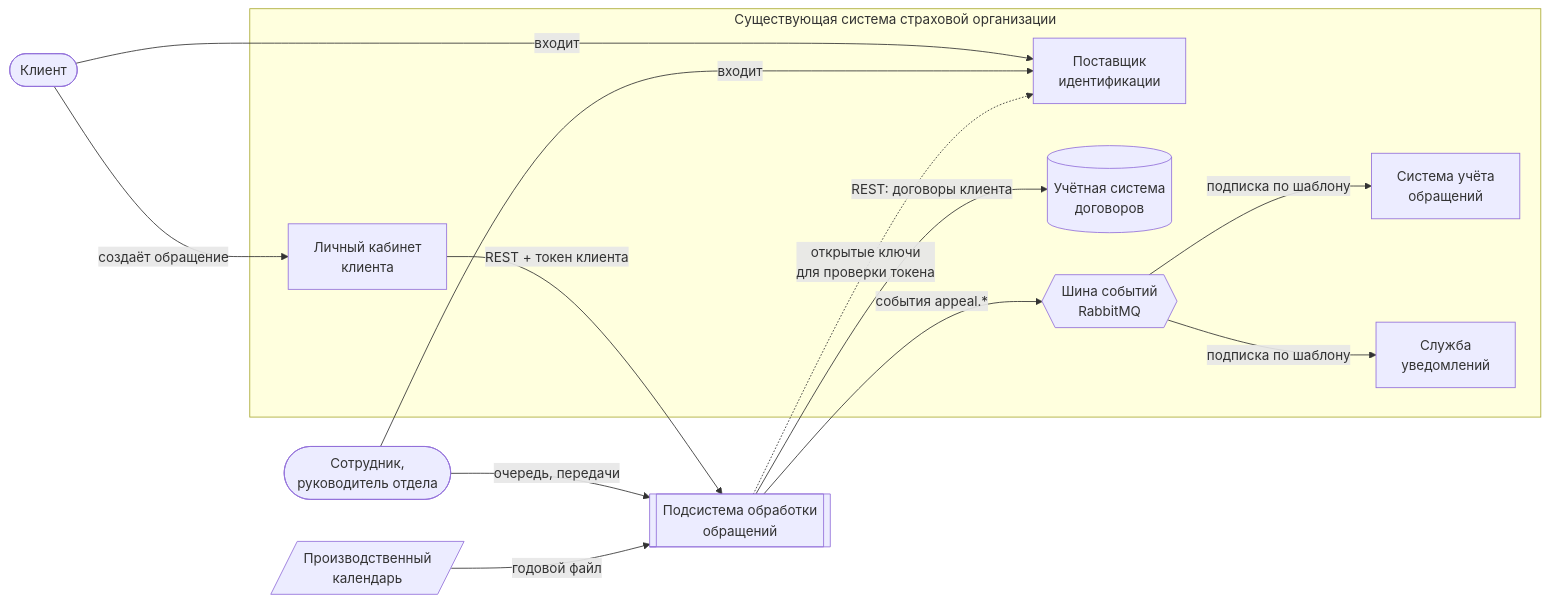
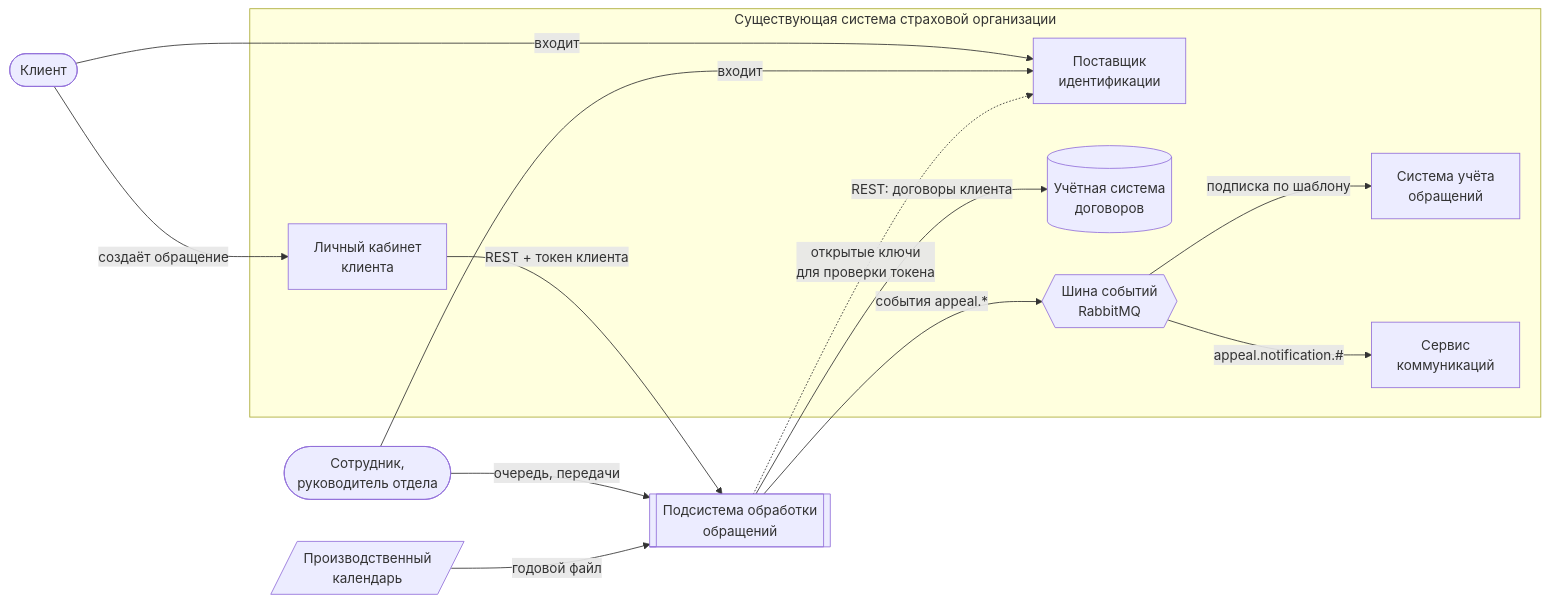
Before and after one commit to Rondarka/insurance-appeals-prototype: the diagram in docs/integration-contract.md, drawn with Mermaid. The commit also changed other lines of this file and 9 other files, not shown here.

Commit message:
feat: уведомления клиенту через сервис коммуникаций: подсистема решает, когда сообщить, событие без контактов и текста

````diff
--- a/docs/integration-contract.md
+++ b/docs/integration-contract.md
@@ -12,30 +12,30 @@
 ```mermaid
 flowchart LR
     client([Клиент])
     employee([Сотрудник,<br/>руководитель отдела])
 
     subgraph insurer [Существующая система страховой организации]
         idp[Поставщик<br/>идентификации]
         lk[Личный кабинет<br/>клиента]
         acc[(Учётная система<br/>договоров)]
         crm[Система учёта<br/>обращений]
-        notify[Служба<br/>уведомлений]
+        notify[Сервис<br/>коммуникаций]
         bus{{Шина событий<br/>RabbitMQ}}
     end
 
     sub[[Подсистема обработки<br/>обращений]]
     cal[/Производственный<br/>календарь/]
 
     client -->|входит| idp
     client -->|создаёт обращение| lk
     employee -->|входит| idp
     employee -->|очередь, передачи| sub
 
     lk -->|REST + токен клиента| sub
     sub -.->|открытые ключи<br/>для проверки токена| idp
     sub -->|REST: договоры клиента| acc
     sub -->|события appeal.*| bus
     bus -->|подписка по шаблону| crm
-    bus -->|подписка по шаблону| notify
+    bus -->|appeal.notification.#| notify
     cal -->|годовой файл| sub
 ```
````
